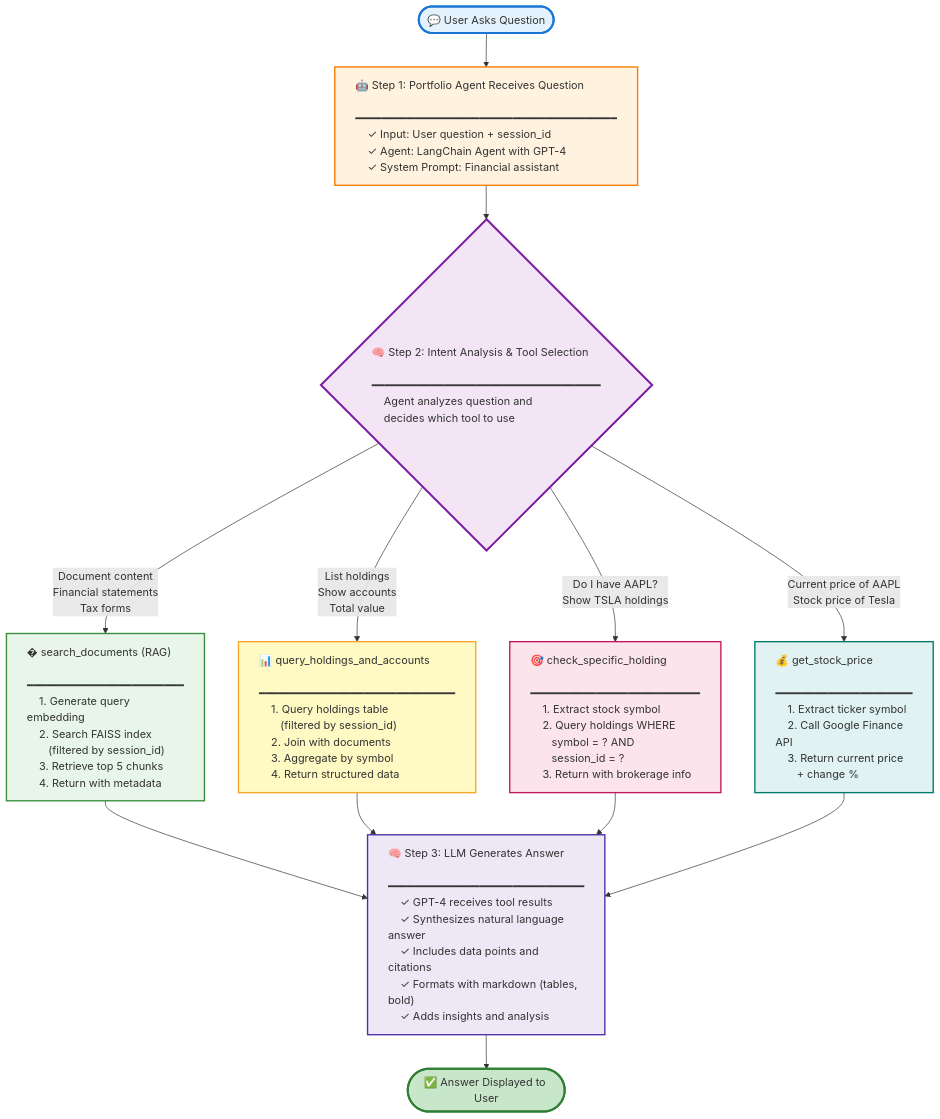
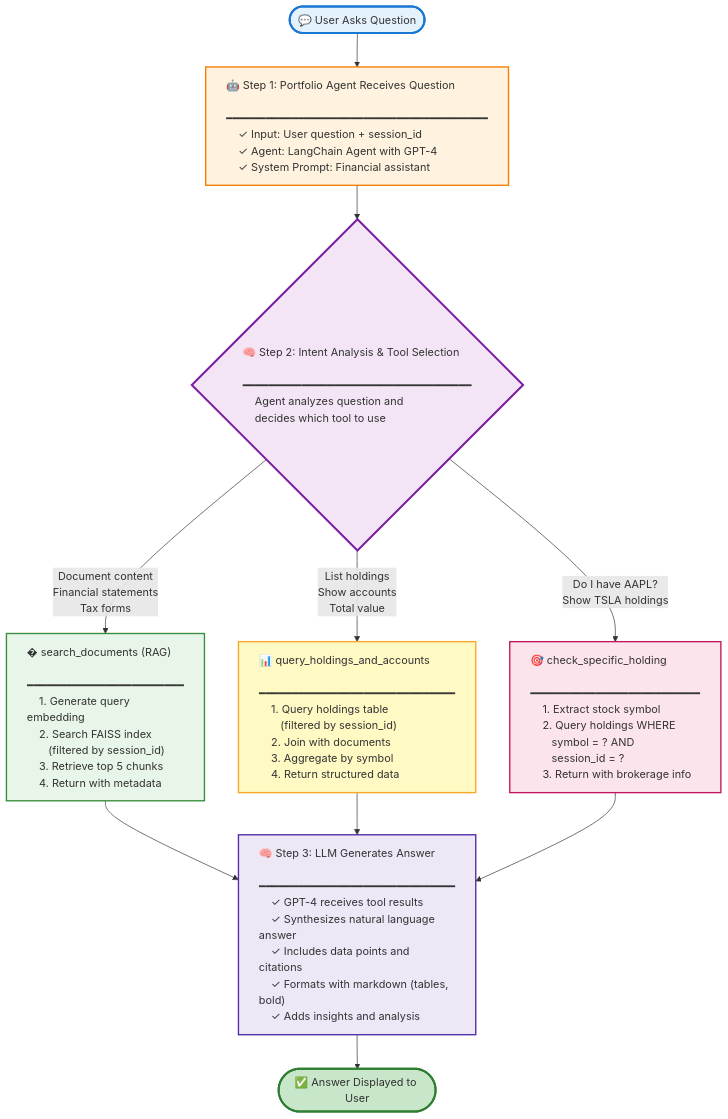
The third of 3 diagrams in README.md (sivasundharam/PortfoliMosaic), drawn with Mermaid before and after one commit. The commit also changed other lines of this file, not shown here.

````diff
--- a/README.md
+++ b/README.md
@@ -321,75 +320,66 @@
 ```mermaid
 flowchart TD
     Start([💬 User Asks Question]) --> Step1
 
     Step1["🤖 Step 1: Portfolio Agent Receives Question
     ━━━━━━━━━━━━━━━━━━━━━━━━━━━━━━━━━━━━━━━━
     ✓ Input: User question + session_id
     ✓ Agent: LangChain Agent with GPT-4
     ✓ System Prompt: Financial assistant"]
 
     Step1 --> Step2
 
     Step2{"🧠 Step 2: Intent Analysis & Tool Selection
     ━━━━━━━━━━━━━━━━━━━━━━━━━━━━━━━━━━━
     Agent analyzes question and
     decides which tool to use"}
 
     Step2 -->|"Document content<br/>Financial statements<br/>Tax forms"| ToolRAG["� search_documents (RAG)
     ━━━━━━━━━━━━━━━━━━━━━━━━
     1. Generate query embedding
     2. Search FAISS index
        (filtered by session_id)
     3. Retrieve top 5 chunks
     4. Return with metadata"]
 
     Step2 -->|"List holdings<br/>Show accounts<br/>Total value"| ToolSQL["📊 query_holdings_and_accounts
     ━━━━━━━━━━━━━━━━━━━━━━━━━━━━━━
     1. Query holdings table
        (filtered by session_id)
     2. Join with documents
     3. Aggregate by symbol
     4. Return structured data"]
 
     Step2 -->|"Do I have AAPL?<br/>Show TSLA holdings"| ToolSpecific["🎯 check_specific_holding
     ━━━━━━━━━━━━━━━━━━━━━━━━━━
     1. Extract stock symbol
     2. Query holdings WHERE
        symbol = ? AND
        session_id = ?
     3. Return with brokerage info"]
 
-    Step2 -->|"Current price of AAPL<br/>Stock price of Tesla"| ToolPrice["💰 get_stock_price
-    ━━━━━━━━━━━━━━━━━━━━━
-    1. Extract ticker symbol
-    2. Call Google Finance API
-    3. Return current price
-       + change %"]
-
     ToolRAG --> Step3
     ToolSQL --> Step3
     ToolSpecific --> Step3
-    ToolPrice --> Step3
 
     Step3["🧠 Step 3: LLM Generates Answer
     ━━━━━━━━━━━━━━━━━━━━━━━━━━━━━━
     ✓ GPT-4 receives tool results
     ✓ Synthesizes natural language answer
     ✓ Includes data points and citations
     ✓ Formats with markdown (tables, bold)
     ✓ Adds insights and analysis"]
 
     Step3 --> Complete
 
     Complete([✅ Answer Displayed to User])
 
     style Start fill:#e3f2fd,stroke:#1976d2,stroke-width:3px
     style Step1 fill:#fff3e0,stroke:#f57c00,stroke-width:2px,text-align:left
     style Step2 fill:#f3e5f5,stroke:#7b1fa2,stroke-width:3px,text-align:left
     style ToolRAG fill:#e8f5e9,stroke:#388e3c,stroke-width:2px,text-align:left
     style ToolSQL fill:#fff9c4,stroke:#f9a825,stroke-width:2px,text-align:left
     style ToolSpecific fill:#fce4ec,stroke:#c2185b,stroke-width:2px,text-align:left
-    style ToolPrice fill:#e0f2f1,stroke:#00796b,stroke-width:2px,text-align:left
     style Step3 fill:#ede7f6,stroke:#512da8,stroke-width:2px,text-align:left
     style Complete fill:#c8e6c9,stroke:#2e7d32,stroke-width:3px
 ```
````
